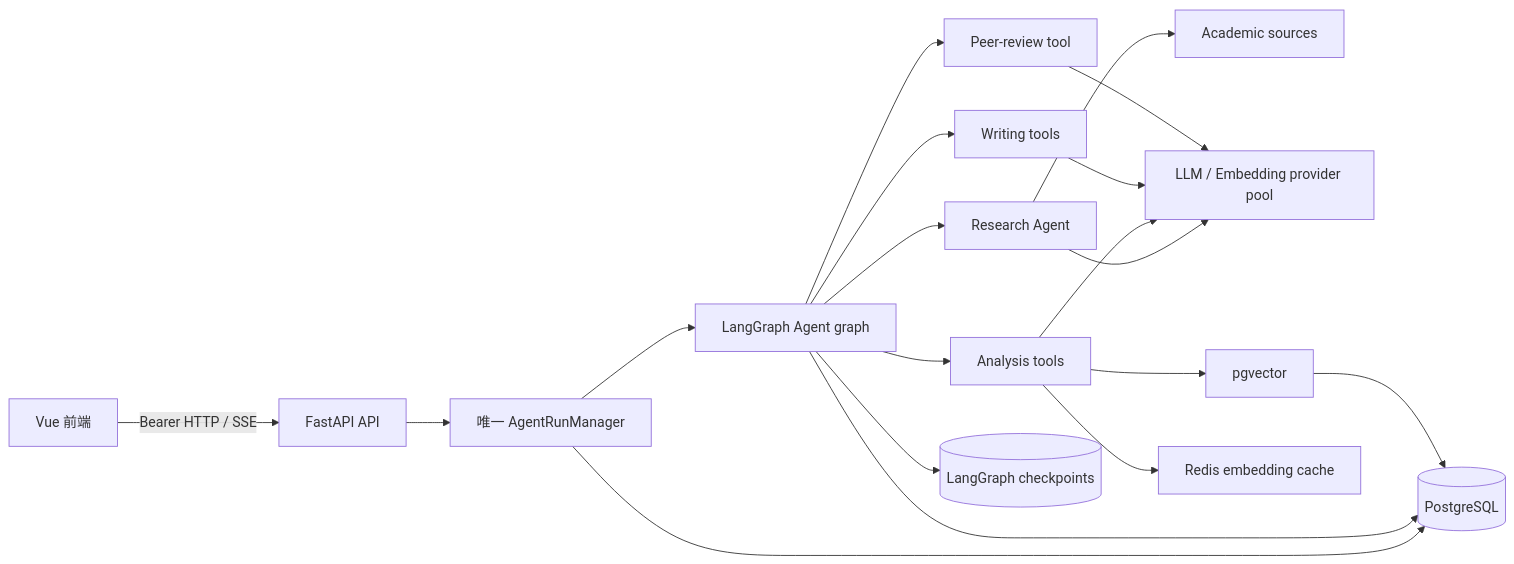
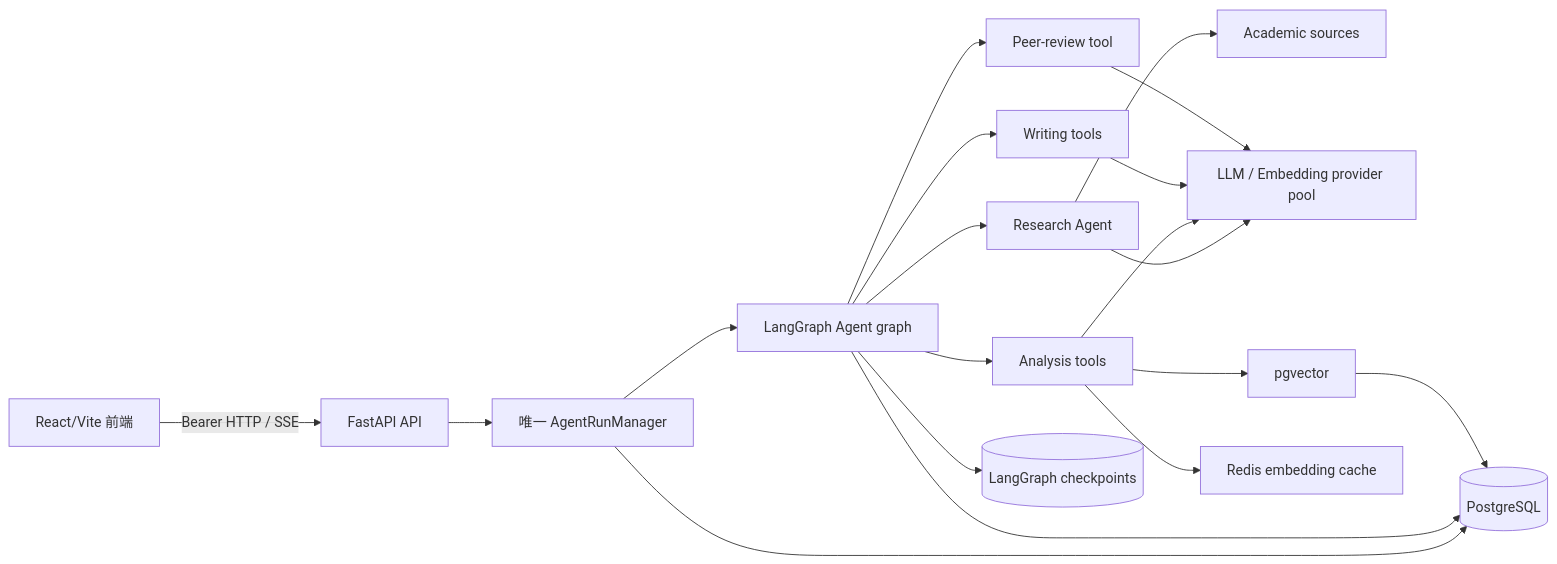
One commit to c76d3656e/academic-cluster-py changed the first of 5 diagrams in docs/architecture.md. Above: the diagram before and after it, drawn with Mermaid. The commit also changed 697 other files, not shown here.

````diff
--- a/docs/architecture.md
+++ b/docs/architecture.md
@@ -7,23 +7,23 @@
 ```mermaid
 flowchart LR
-    UI["Vue 前端"] -->|"Bearer HTTP / SSE"| API["FastAPI API"]
+    UI["React/Vite 前端"] -->|"Bearer HTTP / SSE"| API["FastAPI API"]
     API --> RM["唯一 AgentRunManager"]
     RM --> G["LangGraph Agent graph"]
     G --> RT["Research Agent"]
     G --> AT["Analysis tools"]
     G --> WT["Writing tools"]
     G --> PR["Peer-review tool"]
 
     RT --> SRC["Academic sources"]
     RT --> PP
     AT --> PP["LLM / Embedding provider pool"]
     WT --> PP
     PR --> PP
 
     RM --> PG[("PostgreSQL")]
     G --> PG
     G --> CP[("LangGraph checkpoints")]
     AT --> VS["pgvector"]
     VS --> PG
     AT --> RC["Redis embedding cache"]
 ```
````
